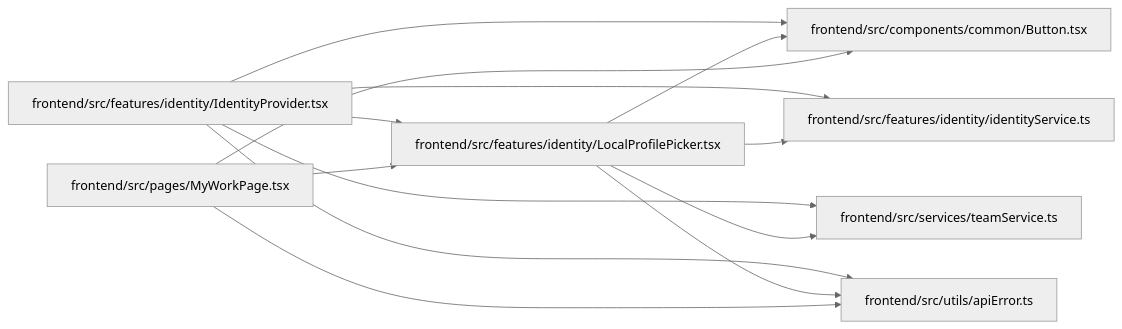
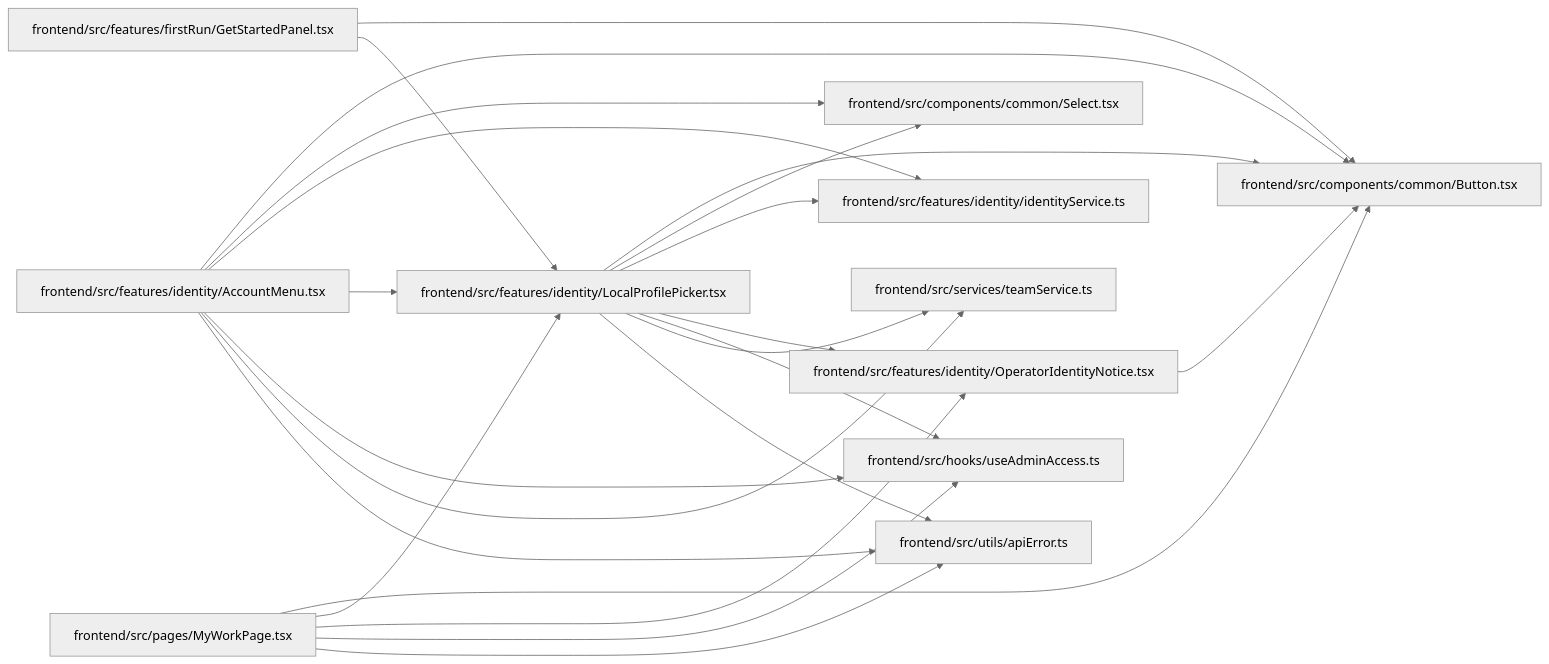
Before and after one commit to Denissvgn/WorkChord: the diagram in docs/llm_wiki/modules/LocalProfilePicker.md, drawn with Mermaid (neutral theme). The commit also changed other lines of this file and 2373 other files, not shown here.

````diff
--- a/docs/llm_wiki/modules/LocalProfilePicker.md
+++ b/docs/llm_wiki/modules/LocalProfilePicker.md
@@ -34,29 +37,47 @@
 ```mermaid
 flowchart LR
     n0["frontend/src/components/common/Button.tsx"]
-    n1["frontend/src/features/identity/IdentityProvider.tsx"]
-    n2["frontend/src/features/identity/identityService.ts"]
-    n3["frontend/src/features/identity/LocalProfilePicker.tsx"]
-    n4["frontend/src/pages/MyWorkPage.tsx"]
-    n5["frontend/src/services/teamService.ts"]
-    n6["frontend/src/utils/apiError.ts"]
-    n1 --> n0
-    n1 --> n2
-    n1 --> n3
-    n1 --> n5
-    n1 --> n6
+    n1["frontend/src/components/common/Select.tsx"]
+    n2["frontend/src/features/firstRun/GetStartedPanel.tsx"]
+    n3["frontend/src/features/identity/AccountMenu.tsx"]
+    n4["frontend/src/features/identity/identityService.ts"]
+    n5["frontend/src/features/identity/LocalProfilePicker.tsx"]
+    n6["frontend/src/features/identity/OperatorIdentityNotice.tsx"]
+    n7["frontend/src/hooks/useAdminAccess.ts"]
+    n8["frontend/src/pages/MyWorkPage.tsx"]
+    n9["frontend/src/services/teamService.ts"]
+    n10["frontend/src/utils/apiError.ts"]
+    n2 --> n0
+    n2 --> n5
     n3 --> n0
-    n3 --> n2
+    n3 --> n1
+    n3 --> n4
     n3 --> n5
-    n3 --> n6
-    n4 --> n0
-    n4 --> n3
-    n4 --> n6
+    n3 --> n7
+    n3 --> n9
+    n3 --> n10
+    n5 --> n0
+    n5 --> n1
+    n5 --> n4
+    n5 --> n6
+    n5 --> n7
+    n5 --> n9
+    n5 --> n10
+    n6 --> n0
+    n8 --> n0
+    n8 --> n5
+    n8 --> n6
+    n8 --> n7
+    n8 --> n10
     click n0 "../modules/Button.md"
-    click n1 "../modules/IdentityProvider.md"
-    click n2 "../modules/identityService.md"
-    click n3 "../modules/LocalProfilePicker.md"
-    click n4 "../modules/MyWorkPage.md"
-    click n5 "../modules/teamService.md"
-    click n6 "../modules/apiError.md"
+    click n1 "../modules/Select.md"
+    click n2 "../modules/GetStartedPanel.md"
+    click n3 "../modules/AccountMenu.md"
+    click n4 "../modules/identityService.md"
+    click n5 "../modules/LocalProfilePicker.md"
+    click n6 "../modules/OperatorIdentityNotice.md"
+    click n7 "../modules/useAdminAccess.md"
+    click n8 "../modules/MyWorkPage.md"
+    click n9 "../modules/teamService.md"
+    click n10 "../modules/apiError.md"
 ```
````
